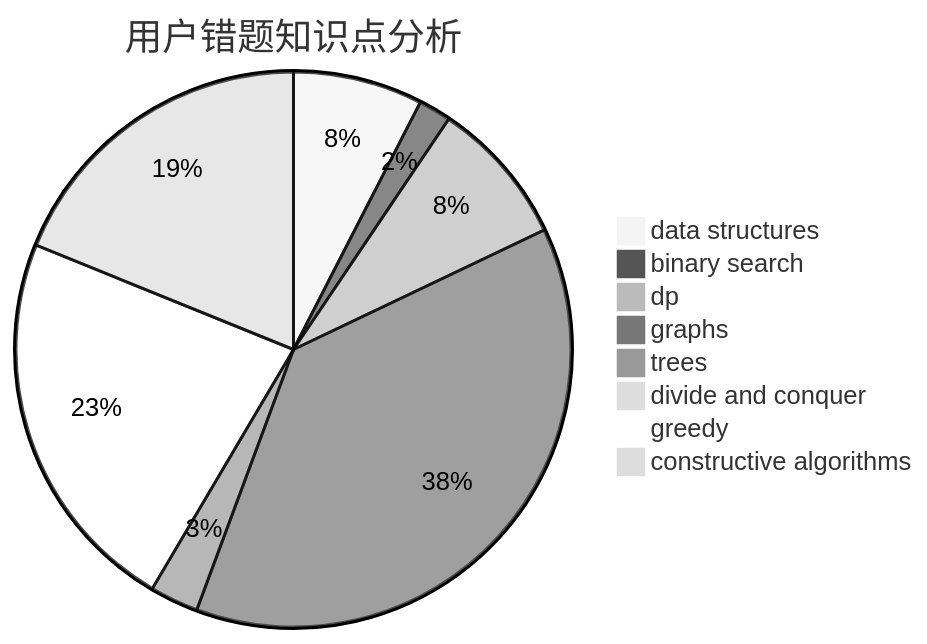
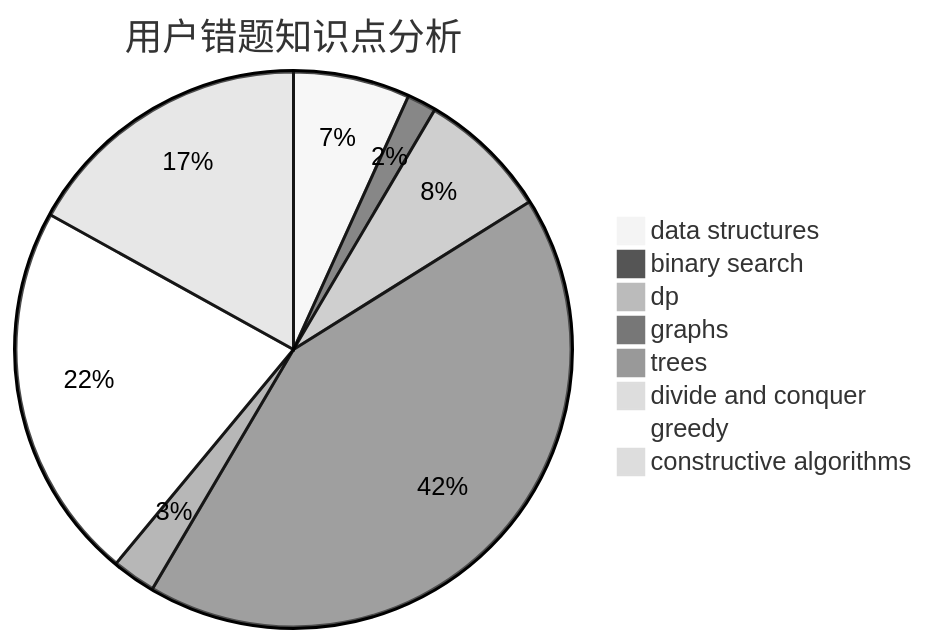
The third of 3 diagrams in docs/user/u2665.md (sherpahu/cfrs.github.io), drawn with Mermaid (neutral theme) before and after one commit. The commit also changed other lines of this file and 2770 other files, not shown here.

````diff
--- a/docs/user/u2665.md
+++ b/docs/user/u2665.md
@@ -36,11 +36,11 @@
 ```mermaid
 pie title 用户错题知识点分析
     "data structures" :  8
     "binary search" :  2
     "dp" :  9
-    "graphs" :  40
+    "graphs" :  50
     "trees" :  3
     "divide and conquer" :  0
-    "greedy" :  24
+    "greedy" :  26
     "constructive algorithms" :  20
 ```
````
